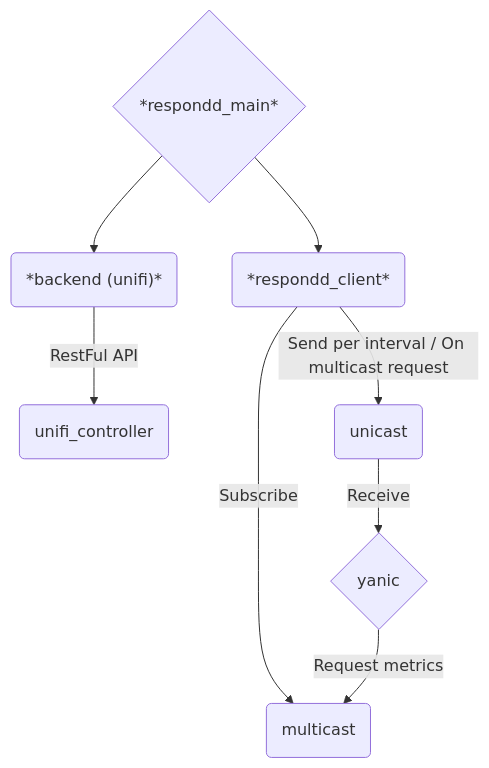
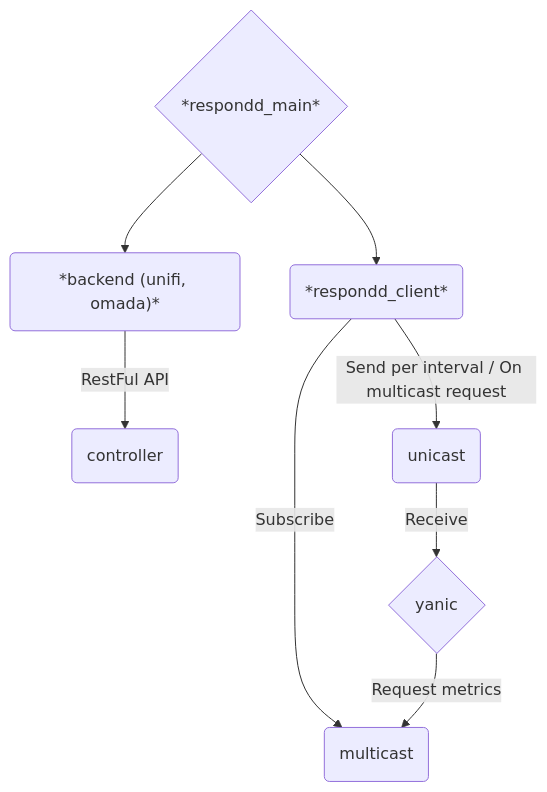
One commit to freifunkMUC/unifi_respondd changed the diagram in README.md. Above: the diagram before and after it, drawn with Mermaid. The commit also changed other lines of this file and 2 other files, not shown here.

Commit message:
Document the omada backend and the migration from omada_respondd

````diff
--- a/README.md
+++ b/README.md
@@ -33,10 +57,10 @@
 ```mermaid
 graph TD;
-	A{"*respondd_main*"} -->| | B("*backend (unifi)*")
+	A{"*respondd_main*"} -->| | B("*backend (unifi, omada)*")
     A -->| | C("*respondd_client*")
-	B -->|"RestFul API"| D("unifi_controller")
+	B -->|"RestFul API"| D("controller")
     C -->|"Subscribe"| E("multicast")
     C -->|"Send per interval / On multicast request"| F("unicast")
     G{"yanic"} -->|"Request metrics"| E
     F -->|"Receive"| G
 ```
````
